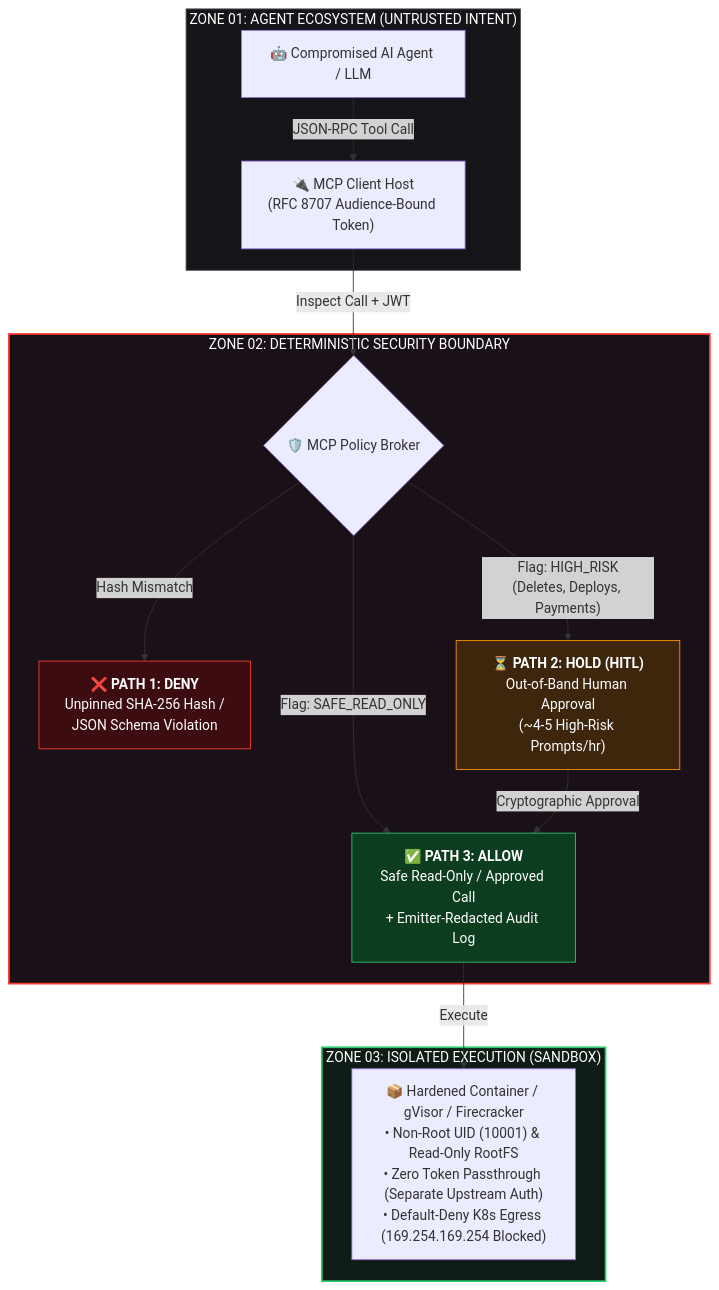
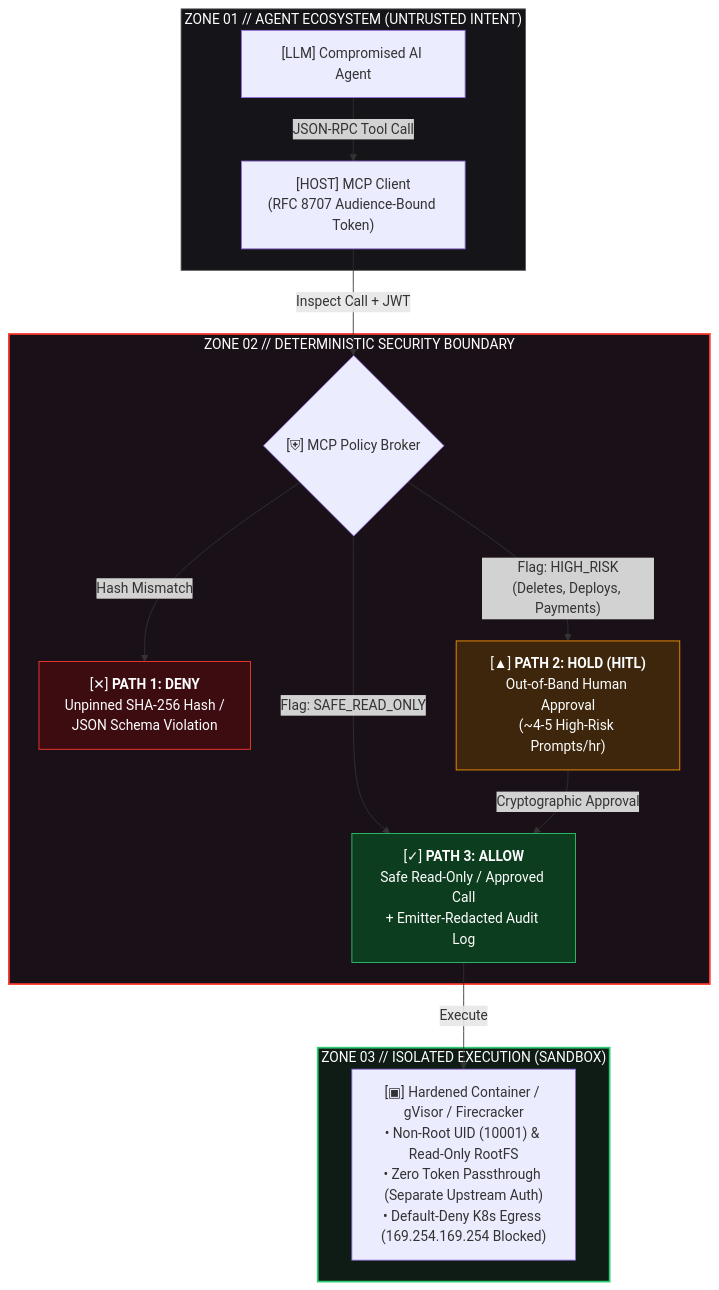
One commit to thexsypher/mcp-production-hardening-kit changed the second of 2 diagrams in README.md. Above: the diagram before and after it, drawn with Mermaid. The commit also changed other lines of this file, not shown here.

````diff
--- a/README.md
+++ b/README.md
@@ -73,34 +73,34 @@
 ```mermaid
 flowchart TD
-    subgraph Z1["ZONE 01: AGENT ECOSYSTEM (UNTRUSTED INTENT)"]
-        LLM["🤖 Compromised AI Agent / LLM"]
-        Client["🔌 MCP Client Host<br/>(RFC 8707 Audience-Bound Token)"]
+    subgraph Z1["ZONE 01 // AGENT ECOSYSTEM (UNTRUSTED INTENT)"]
+        LLM["[LLM] Compromised AI Agent"]
+        Client["[HOST] MCP Client<br/>(RFC 8707 Audience-Bound Token)"]
         LLM -->|"JSON-RPC Tool Call"| Client
     end
 
-    subgraph Z2["ZONE 02: DETERMINISTIC SECURITY BOUNDARY"]
-        Broker{"🛡️ MCP Policy Broker"}
+    subgraph Z2["ZONE 02 // DETERMINISTIC SECURITY BOUNDARY"]
+        Broker{"[⛨] MCP Policy Broker"}
         Client -->|"Inspect Call + JWT"| Broker
 
-        P1["❌ <b>PATH 1: DENY</b><br/>Unpinned SHA-256 Hash /<br/>JSON Schema Violation"]
-        P2["⏳ <b>PATH 2: HOLD (HITL)</b><br/>Out-of-Band Human Approval<br/>(~4-5 High-Risk Prompts/hr)"]
-        P3["✅ <b>PATH 3: ALLOW</b><br/>Safe Read-Only / Approved Call<br/>+ Emitter-Redacted Audit Log"]
+        P1["[✕] <b>PATH 1: DENY</b><br/>Unpinned SHA-256 Hash /<br/>JSON Schema Violation"]
+        P2["[▲] <b>PATH 2: HOLD (HITL)</b><br/>Out-of-Band Human Approval<br/>(~4-5 High-Risk Prompts/hr)"]
+        P3["[✓] <b>PATH 3: ALLOW</b><br/>Safe Read-Only / Approved Call<br/>+ Emitter-Redacted Audit Log"]
 
         Broker -->|"Hash Mismatch"| P1
         Broker -->|"Flag: HIGH_RISK<br/>(Deletes, Deploys, Payments)"| P2
         Broker -->|"Flag: SAFE_READ_ONLY"| P3
         P2 -->|"Cryptographic Approval"| P3
     end
 
-    subgraph Z3["ZONE 03: ISOLATED EXECUTION (SANDBOX)"]
-        Sandbox["📦 Hardened Container / gVisor / Firecracker<br/>• Non-Root UID (10001) & Read-Only RootFS<br/>• Zero Token Passthrough (Separate Upstream Auth)<br/>• Default-Deny K8s Egress (169.254.169.254 Blocked)"]
+    subgraph Z3["ZONE 03 // ISOLATED EXECUTION (SANDBOX)"]
+        Sandbox["[▣] Hardened Container / gVisor / Firecracker<br/>• Non-Root UID (10001) & Read-Only RootFS<br/>• Zero Token Passthrough (Separate Upstream Auth)<br/>• Default-Deny K8s Egress (169.254.169.254 Blocked)"]
         P3 -->|"Execute"| Sandbox
     end
 
     style Z1 fill:#141419,stroke:#555,stroke-width:1px,color:#fff
     style Z2 fill:#1a1118,stroke:#ff3b30,stroke-width:2px,color:#fff
     style Z3 fill:#0f1c15,stroke:#2ecc71,stroke-width:2px,color:#fff
     style P1 fill:#3d0c11,stroke:#ff3b30,color:#fff
     style P2 fill:#3d260c,stroke:#ff9500,color:#fff
     style P3 fill:#0c3d1e,stroke:#2ecc71,color:#fff
 ```
````
